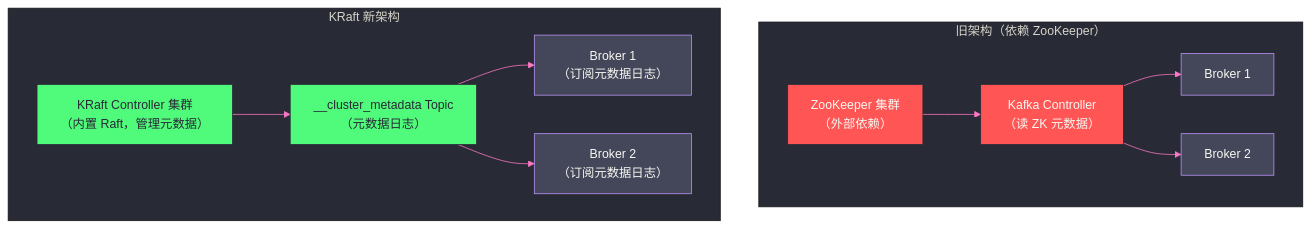
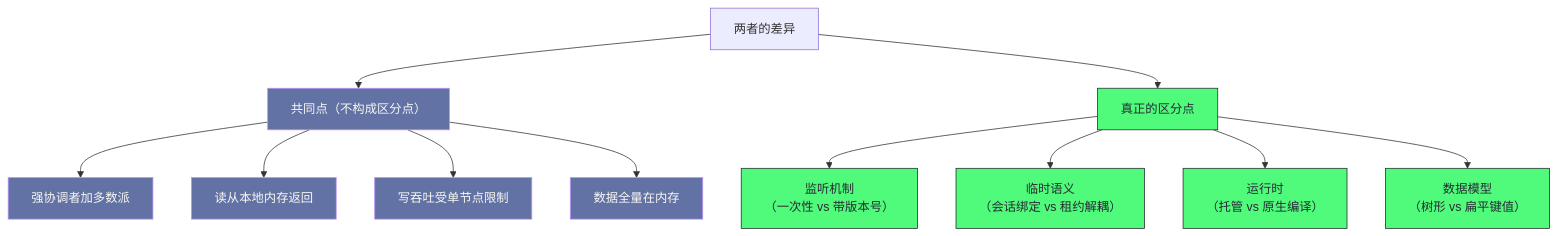
Before and after one commit to hpliStartAgain/my-brain: the diagram in content/中间件/Zookeeper/06 ZooKeeper vs ETCD——架构对比与去 ZooKeeper 化趋势.md, drawn with Mermaid. The commit also changed other lines of this file and 6 other files, not shown here.

````diff
--- a/content/中间件/Zookeeper/06 ZooKeeper vs ETCD——架构对比与去 ZooKeeper 化趋势.md
+++ b/content/中间件/Zookeeper/06 ZooKeeper vs ETCD——架构对比与去 ZooKeeper 化趋势.md
@@ -139,29 +454,19 @@
 ```mermaid
-%%{init: {'theme': 'base', 'themeVariables': {'primaryColor': '#6272a4', 'primaryTextColor': '#f8f8f2', 'primaryBorderColor': '#bd93f9', 'lineColor': '#ff79c6', 'secondaryColor': '#44475a', 'tertiaryColor': '#282a36', 'background': '#282a36', 'mainBkg': '#44475a'}}}%%
+%%{init: {'theme': 'dracula'}}%%
 graph TD
-    subgraph "旧架构（依赖 ZooKeeper）"
-        ZK["ZooKeeper 集群</br>（外部依赖）"]
-        KC["Kafka Controller</br>（读 ZK 元数据）"]
-        KB1["Broker 1"]
-        KB2["Broker 2"]
-        ZK --> KC
-        KC --> KB1
-        KC --> KB2
-    end
-    subgraph "KRaft 新架构"
-        KM["KRaft Controller 集群</br>（内置 Raft，管理元数据）"]
-        KMT["__cluster_metadata Topic</br>（元数据日志）"]
-        KB3["Broker 1</br>（订阅元数据日志）"]
-        KB4["Broker 2</br>（订阅元数据日志）"]
-        KM --> KMT
-        KMT --> KB3
-        KMT --> KB4
-    end
+    D["两者的差异"] --> S["共同点（不构成区分点）"]
+    D --> T["真正的区分点"]
+    S --> S1["强协调者加多数派"]
+    S --> S2["读从本地内存返回"]
+    S --> S3["写吞吐受单节点限制"]
+    S --> S4["数据全量在内存"]
+    T --> T1["监听机制<br/>（一次性 vs 带版本号）"]
+    T --> T2["临时语义<br/>（会话绑定 vs 租约解耦）"]
+    T --> T3["运行时<br/>（托管 vs 原生编译）"]
+    T --> T4["数据模型<br/>（树形 vs 扁平键值）"]
 
-    classDef zk fill:#ff5555,stroke:#282a36,color:#f8f8f2
-    classDef kraft fill:#50fa7b,stroke:#282a36,color:#282a36
-    classDef broker fill:#44475a,stroke:#bd93f9,color:#f8f8f2
-    class ZK,KC zk
-    class KM,KMT kraft
-    class KB1,KB2,KB3,KB4 broker
+    classDef same fill:#6272a4,stroke:#bd93f9,color:#f8f8f2
+    classDef diff fill:#50fa7b,stroke:#282a36,color:#282a36
+    class S,S1,S2,S3,S4 same
+    class T,T1,T2,T3,T4 diff
 ```
````
